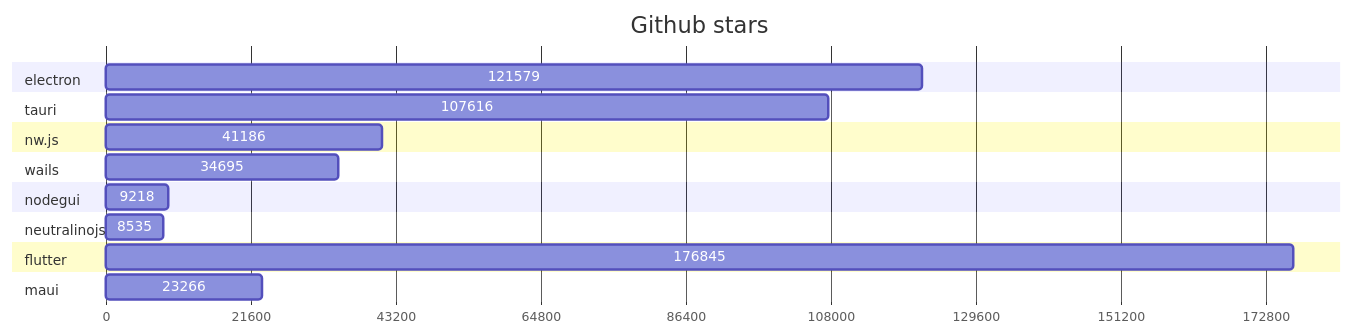
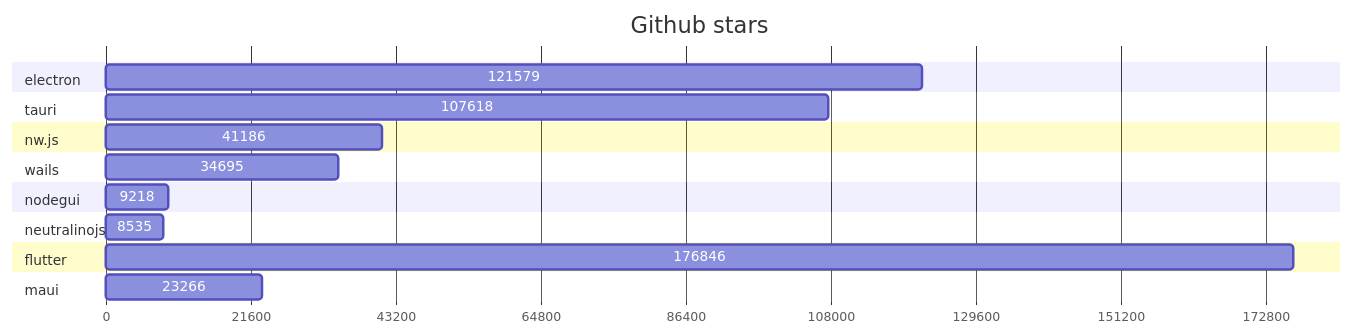
Before and after one commit to Elanis/web-to-desktop-framework-comparison: the first of 2 diagrams in GRAPHS.md, drawn with Mermaid. The commit also changed other lines of this file and 1 other file, not shown here.

Commit message:
Update stars & Fork

````diff
--- a/GRAPHS.md
+++ b/GRAPHS.md
@@ -5,40 +5,40 @@
 ```mermaid
 gantt
     title Github stars
     dateFormat  X
     axisFormat %s
 
 
 	section electron
 	121579 : 0, 121579
 
 	
 	section tauri
-	107616 : 0, 107616
+	107618 : 0, 107618
 
 	
 	section nw.js
 	41186 : 0, 41186
 
 	
 	section wails
 	34695 : 0, 34695
 
 	
 	section nodegui
 	9218 : 0, 9218
 
 	
 	section neutralinojs
 	8535 : 0, 8535
 
 	
 	section flutter
-	176845 : 0, 176845
+	176846 : 0, 176846
 
 	
 	section maui
 	23266 : 0, 23266
 
 	
 ```
````
